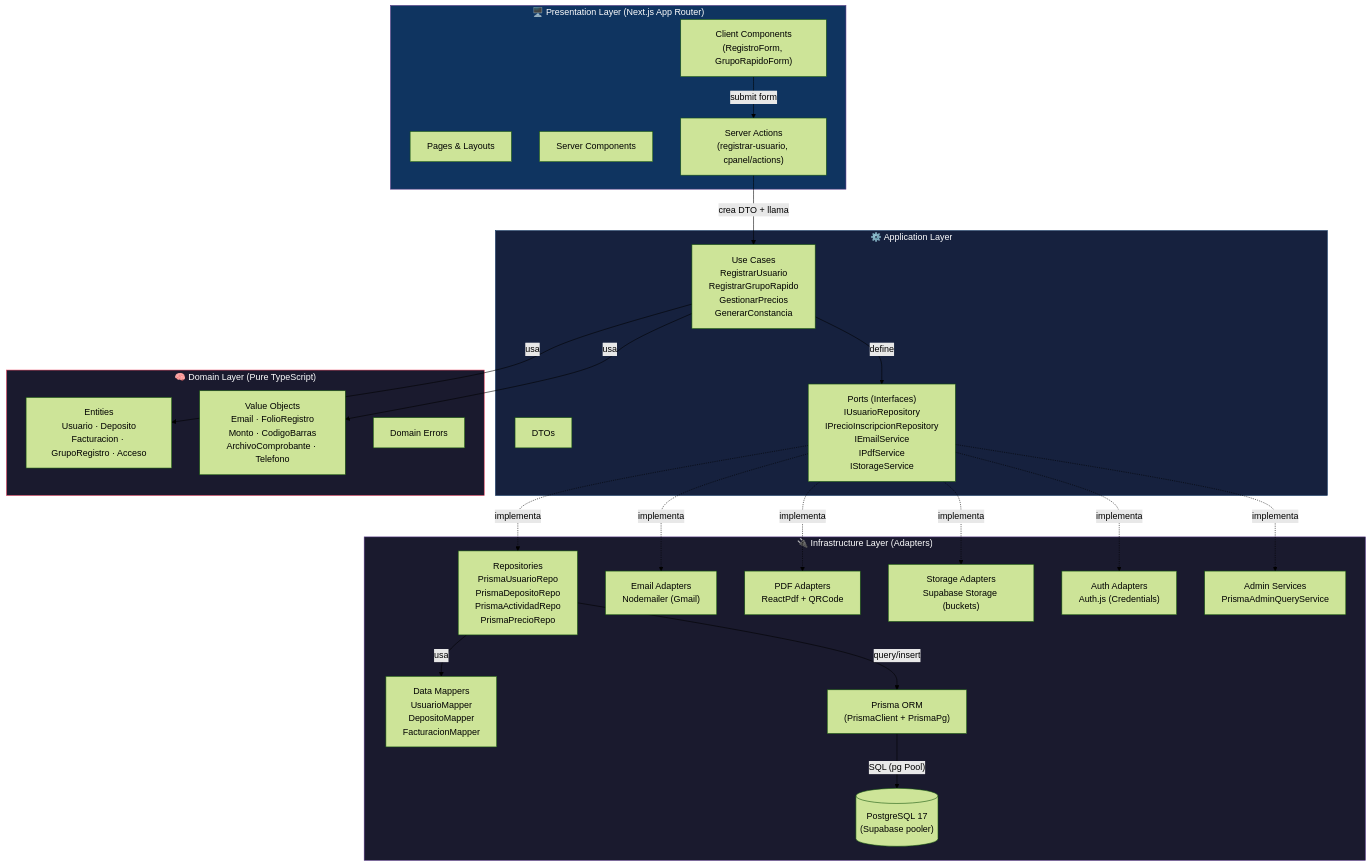
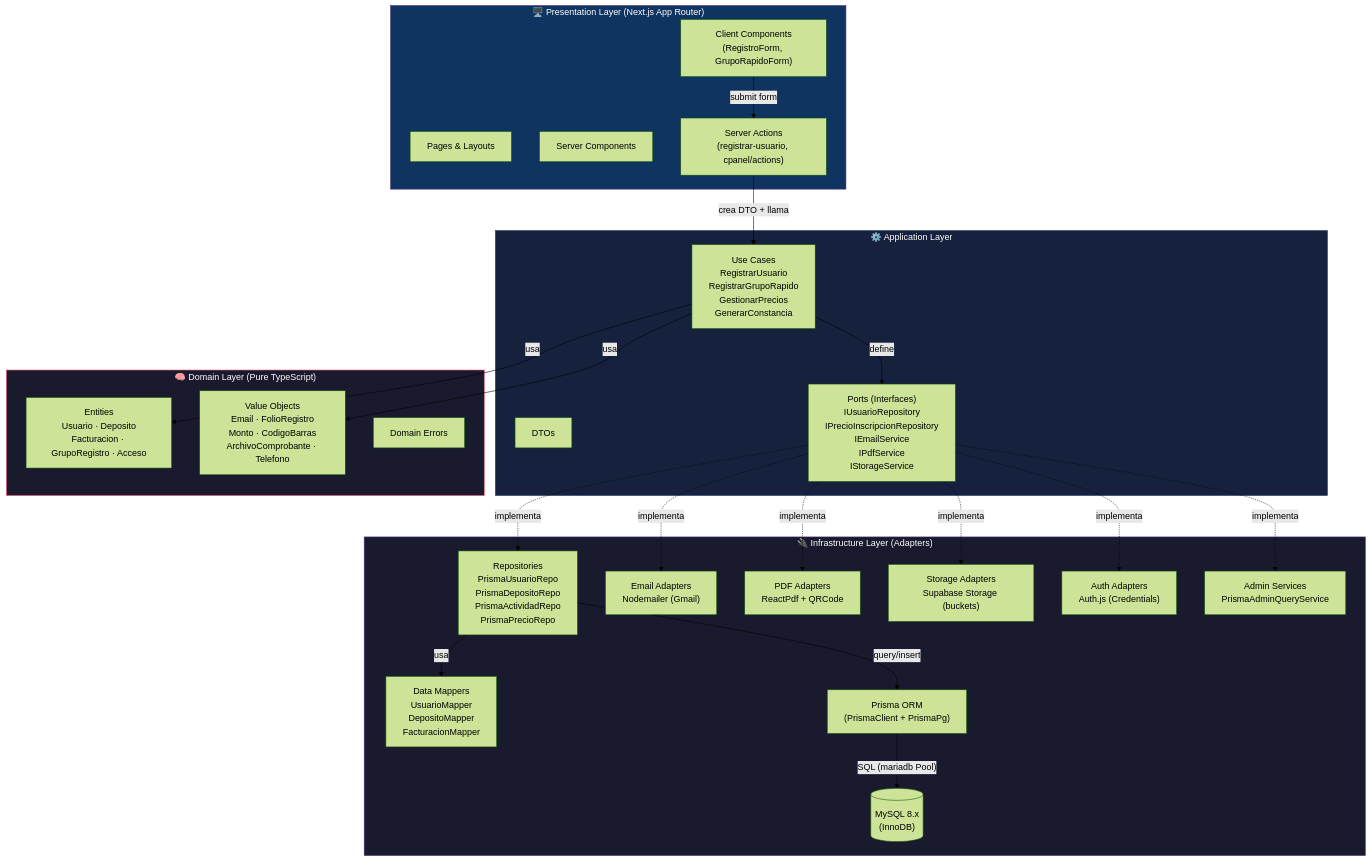
One commit to iKinoo/aniei-registro-2026 changed the first of 14 diagrams in docs/DESIGN.md. Above: the diagram before and after it, drawn with Mermaid (forest theme). The commit also changed other lines of this file and 64 other files, not shown here.

Commit message:
feat: migra de PostgreSQL a MySQL 8 y agrega generador de folios via tabla contador

````diff
--- a/docs/DESIGN.md
+++ b/docs/DESIGN.md
@@ -331,55 +331,55 @@
 ```mermaid
 graph TB
     subgraph Presentation["🖥️ Presentation Layer (Next.js App Router)"]
         Pages["Pages & Layouts"]
         SC["Server Components"]
         CC["Client Components<br/>(RegistroForm, GrupoRapidoForm)"]
         SA["Server Actions<br/>(registrar-usuario, cpanel/actions)"]
     end
 
     subgraph Application["⚙️ Application Layer"]
         UC["Use Cases<br/>RegistrarUsuario<br/>RegistrarGrupoRapido<br/>GestionarPrecios<br/>GenerarConstancia"]
         DTO["DTOs"]
         Ports["Ports (Interfaces)<br/>IUsuarioRepository<br/>IPrecioInscripcionRepository<br/>IEmailService<br/>IPdfService<br/>IStorageService"]
     end
 
     subgraph Domain["🧠 Domain Layer (Pure TypeScript)"]
         Entities["Entities<br/>Usuario · Deposito<br/>Facturacion · GrupoRegistro · Acceso"]
         VO["Value Objects<br/>Email · FolioRegistro<br/>Monto · CodigoBarras<br/>ArchivoComprobante · Telefono"]
         DErr["Domain Errors"]
     end
 
     subgraph Infrastructure["🔌 Infrastructure Layer (Adapters)"]
         Repos["Repositories<br/>PrismaUsuarioRepo<br/>PrismaDepositoRepo<br/>PrismaActividadRepo<br/>PrismaPrecioRepo"]
         Mappers["Data Mappers<br/>UsuarioMapper<br/>DepositoMapper<br/>FacturacionMapper"]
         ORM["Prisma ORM<br/>(PrismaClient + PrismaPg)"]
         EmailSvc["Email Adapters<br/>Nodemailer (Gmail)"]
         PdfSvc["PDF Adapters<br/>ReactPdf + QRCode"]
         StoreSvc["Storage Adapters<br/>Supabase Storage (buckets)"]
         AuthSvc["Auth Adapters<br/>Auth.js (Credentials)"]
         AdminSvc["Admin Services<br/>PrismaAdminQueryService"]
-        DB[("PostgreSQL 17<br/>(Supabase pooler)")]
+        DB[("MySQL 8.x<br/>(InnoDB)")]
     end
 
     CC -->|"submit form"| SA
     SA -->|"crea DTO + llama"| UC
     UC -->|"usa"| Entities
     UC -->|"usa"| VO
     UC -->|"define"| Ports
 
     Ports -.->|"implementa"| Repos
     Ports -.->|"implementa"| EmailSvc
     Ports -.->|"implementa"| PdfSvc
     Ports -.->|"implementa"| StoreSvc
     Ports -.->|"implementa"| AuthSvc
     Ports -.->|"implementa"| AdminSvc
 
     Repos -->|"usa"| Mappers
     Repos -->|"query/insert"| ORM
-    ORM -->|"SQL (pg Pool)"| DB
+    ORM -->|"SQL (mariadb Pool)"| DB
 
     style Domain fill:#1a1a2e,stroke:#e94560,color:#fff
     style Application fill:#16213e,stroke:#0f3460,color:#fff
     style Presentation fill:#0f3460,stroke:#533483,color:#fff
     style Infrastructure fill:#1a1a2e,stroke:#533483,color:#fff
 ```
````
